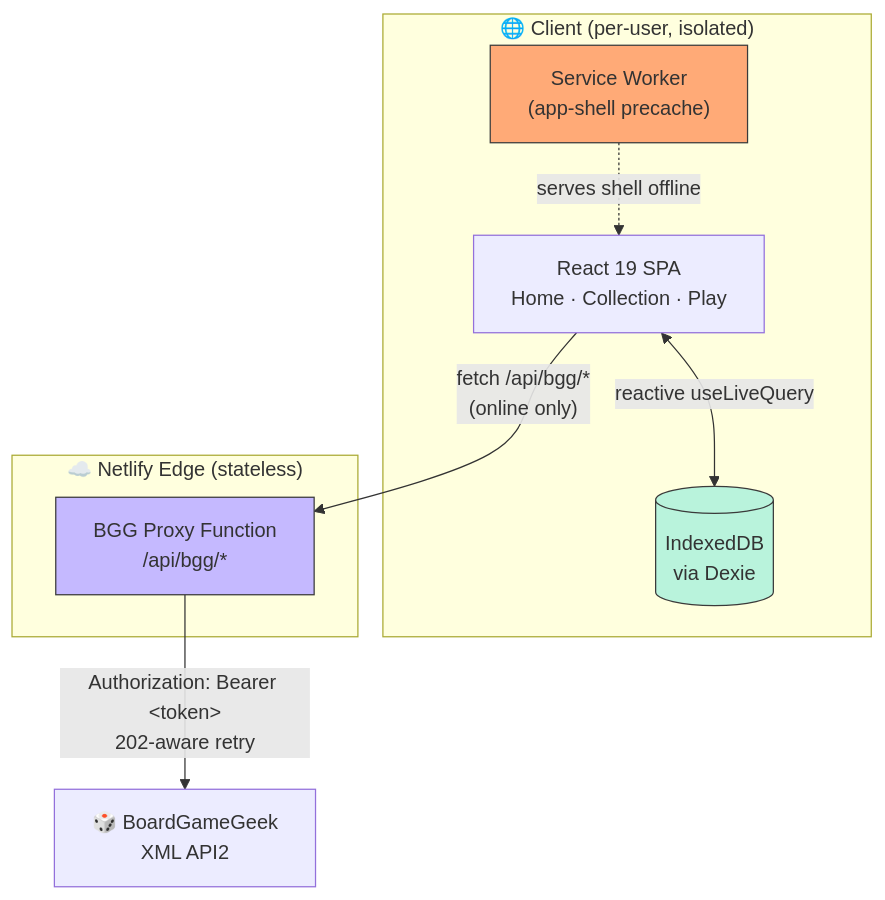
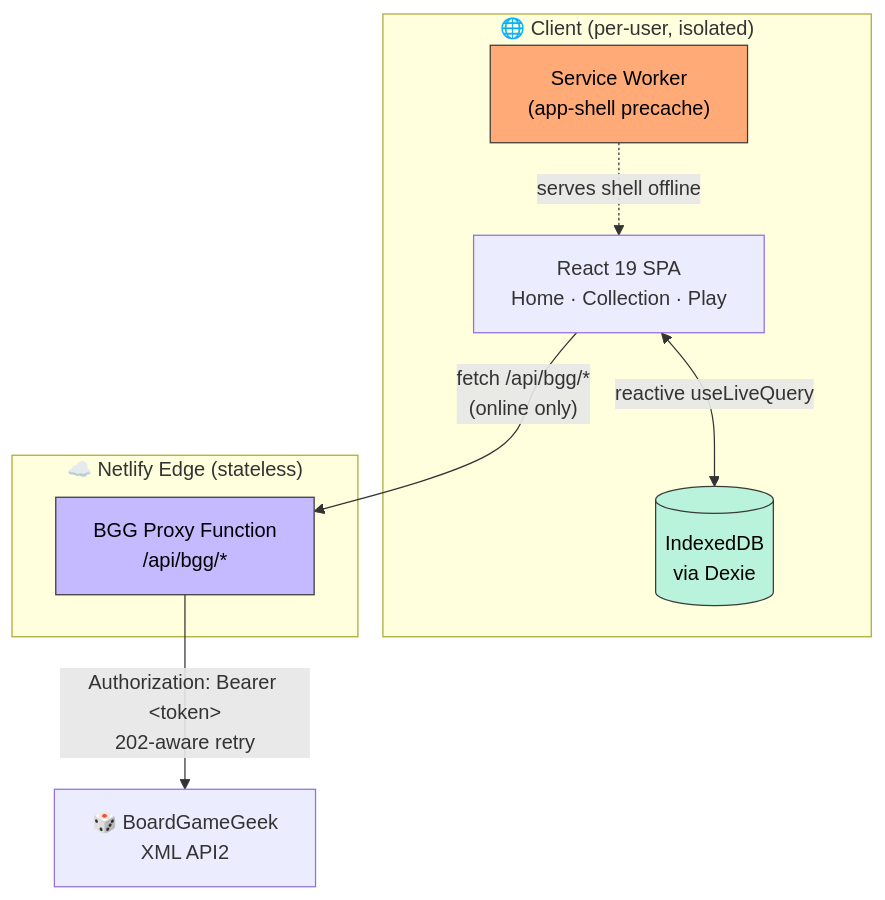
One commit to luluwu516/what-to-play changed the diagram in README.md. Above: the diagram before and after it, drawn with Mermaid.

Commit message:
Use black text on bright Mermaid nodes for readability

````diff
--- a/README.md
+++ b/README.md
@@ -79,23 +79,23 @@
 ```mermaid
 flowchart TD
     subgraph Browser["🌐 Client (per-user, isolated)"]
         UI["React 19 SPA<br/>Home · Collection · Play"]
         SW["Service Worker<br/>(app-shell precache)"]
         IDB[("IndexedDB<br/>via Dexie")]
         UI <-->|"reactive useLiveQuery"| IDB
         SW -.->|"serves shell offline"| UI
     end
 
     subgraph Edge["☁️ Netlify Edge (stateless)"]
         FN["BGG Proxy Function<br/>/api/bgg/*"]
     end
 
     BGG["🎲 BoardGameGeek<br/>XML API2"]
 
     UI -->|"fetch /api/bgg/*<br/>(online only)"| FN
     FN -->|"Authorization: Bearer &lt;token&gt;<br/>202-aware retry"| BGG
 
-    style IDB fill:#B9F3DC,stroke:#3a3a3a
-    style FN fill:#C5B9FF,stroke:#3a3a3a
-    style SW fill:#FFAA77,stroke:#3a3a3a
+    style IDB fill:#B9F3DC,stroke:#3a3a3a,color:#000000
+    style FN fill:#C5B9FF,stroke:#3a3a3a,color:#000000
+    style SW fill:#FFAA77,stroke:#3a3a3a,color:#000000
 ```
````
